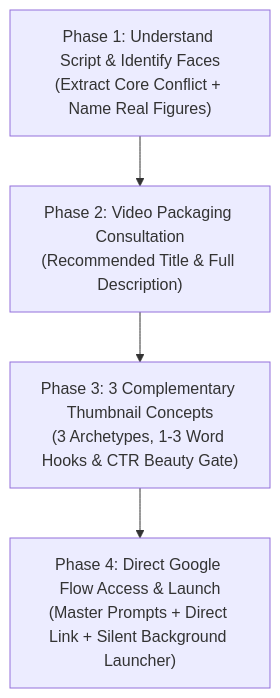
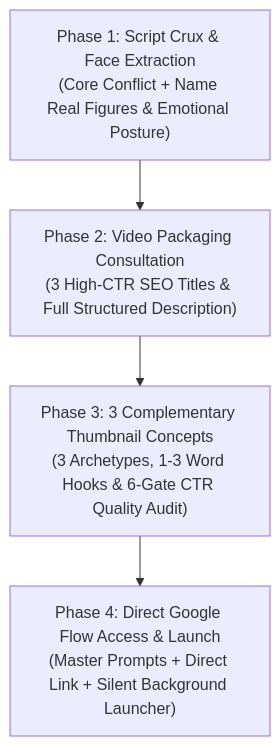
Before and after one commit to ursishant/thumbgen: the diagram in README.md, drawn with Mermaid. The commit also changed other lines of this file and 28 other files, not shown here.

````diff
--- a/README.md
+++ b/README.md
@@ -23,6 +44,6 @@
 ```mermaid
 flowchart TD
-    A["Phase 1: Understand Script & Identify Faces<br/>(Extract Core Conflict + Name Real Figures)"] --> B["Phase 2: Video Packaging Consultation<br/>(Recommended Title & Full Description)"]
-    B --> C["Phase 3: 3 Complementary Thumbnail Concepts<br/>(3 Archetypes, 1-3 Word Hooks & CTR Beauty Gate)"]
+    A["Phase 1: Script Crux & Face Extraction<br/>(Core Conflict + Name Real Figures & Emotional Posture)"] --> B["Phase 2: Video Packaging Consultation<br/>(3 High-CTR SEO Titles & Full Structured Description)"]
+    B --> C["Phase 3: 3 Complementary Thumbnail Concepts<br/>(3 Archetypes, 1-3 Word Hooks & 6-Gate CTR Quality Audit)"]
     C --> D["Phase 4: Direct Google Flow Access & Launch<br/>(Master Prompts + Direct Link + Silent Background Launcher)"]
 ```
````
